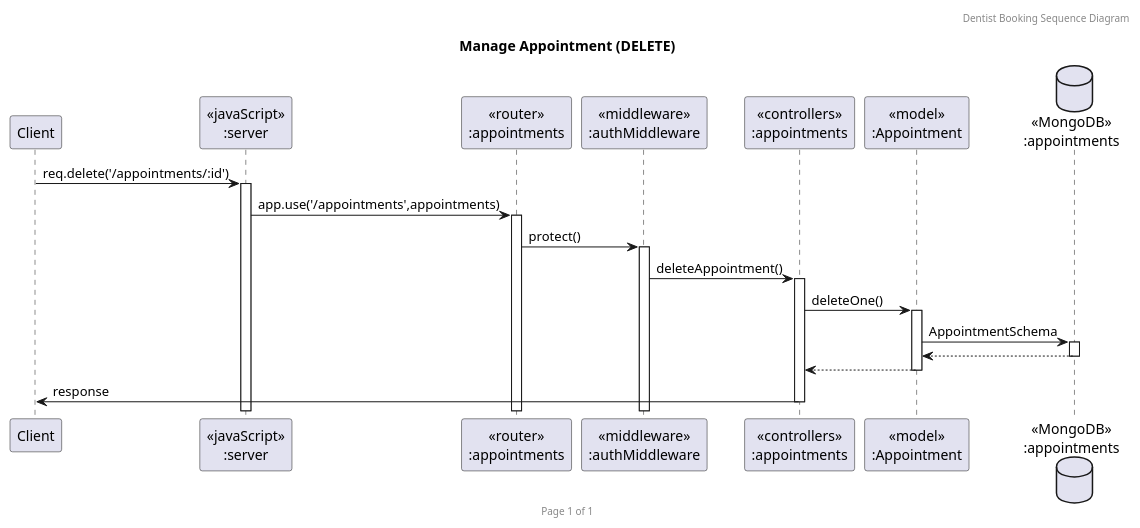
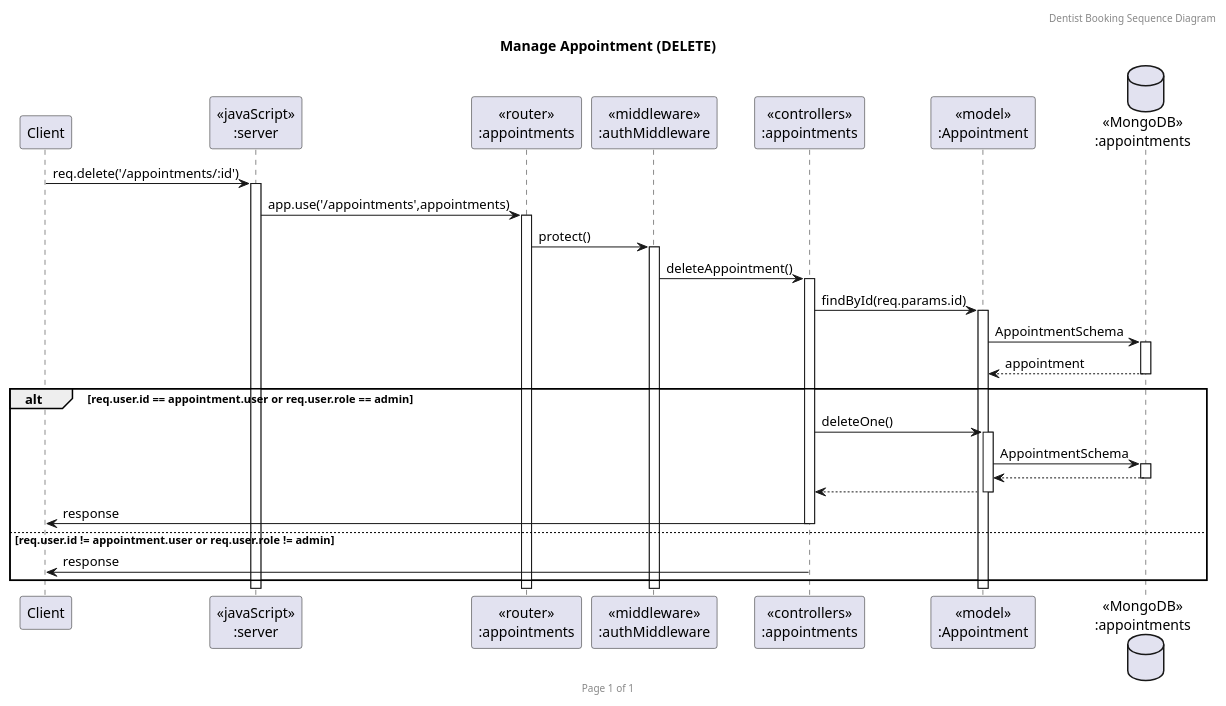
Before and after one commit to KoalaMuch/DentistBooking: the diagram in doc/sequence_diagram/DeleteAppointment.puml, drawn with PlantUML. The commit also changed 4 other files, not shown here.

```diff
--- a/doc/sequence_diagram/DeleteAppointment.puml
+++ b/doc/sequence_diagram/DeleteAppointment.puml
@@ -1,25 +1,32 @@
 @startuml Manage Appointment (DELETE)
 
 header Dentist Booking Sequence Diagram
 footer Page %page% of %lastpage%
 title "Manage Appointment (DELETE)"
 
 participant "Client" as client
 participant "<<javaScript>>\n:server" as server
 participant "<<router>>\n:appointments" as routerAppointments
 participant "<<middleware>>\n:authMiddleware" as authMiddleware
 participant "<<controllers>>\n:appointments" as controllersAppointments
 participant "<<model>>\n:Appointment" as modelAppointment
 database "<<MongoDB>>\n:appointments" as AppointmentsDatabase
 
 client->server ++:req.delete('/appointments/:id')
 server->routerAppointments ++:app.use('/appointments',appointments)
 routerAppointments->authMiddleware ++:protect()
 authMiddleware -> controllersAppointments ++:deleteAppointment()
+controllersAppointments->modelAppointment ++:findById(req.params.id)
+modelAppointment ->AppointmentsDatabase ++: AppointmentSchema
+AppointmentsDatabase --> modelAppointment --: appointment
+alt req.user.id == appointment.user or req.user.role == admin
 controllersAppointments->modelAppointment ++:deleteOne()
 modelAppointment ->AppointmentsDatabase ++: AppointmentSchema
 AppointmentsDatabase --> modelAppointment --:
 controllersAppointments <-- modelAppointment --:
 controllersAppointments->client --:response
-
+    
+    else req.user.id != appointment.user or req.user.role != admin
+controllersAppointments->client --:response
+    end
 @enduml
```
